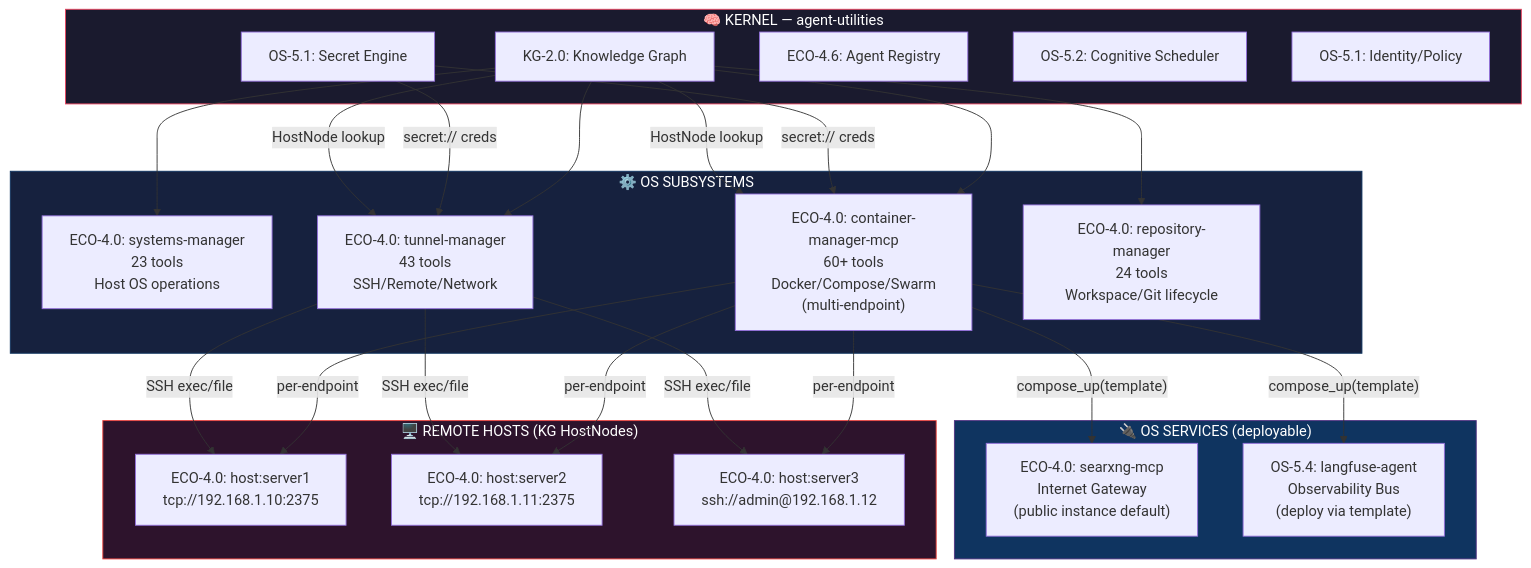
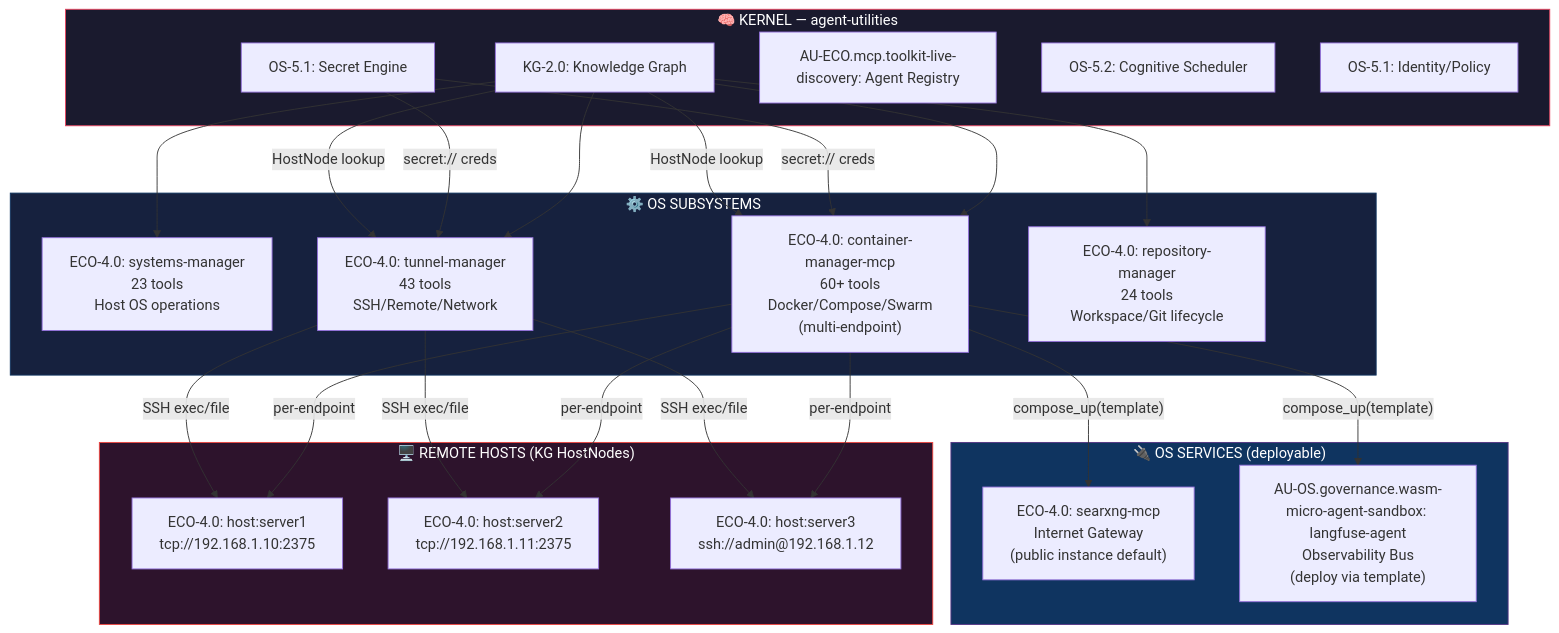
Before and after one commit to Knuckles-Team/agent-utilities: the first of 5 diagrams in docs/guides/agent-os-architecture.md, drawn with Mermaid. The commit also changed other lines of this file and 2324 other files, not shown here.

First line of the commit message:
OKF-CIS atomic cutover on agent-utilities (AU-OS.governance.okf-cis-standard)

````diff
--- a/docs/guides/agent-os-architecture.md
+++ b/docs/guides/agent-os-architecture.md
@@ -11,41 +11,41 @@
 ```mermaid
 graph TB
     subgraph KERNEL["🧠 KERNEL — agent-utilities"]
         KG[KG-2.0: Knowledge Graph]
         SEC[OS-5.1: Secret Engine]
-        REG[ECO-4.6: Agent Registry]
+        REG[AU-ECO.mcp.toolkit-live-discovery: Agent Registry]
         SCHED[OS-5.2: Cognitive Scheduler]
         ID[OS-5.1: Identity/Policy]
     end
 
     subgraph OS_LAYER["⚙️ OS SUBSYSTEMS"]
         SM["ECO-4.0: systems-manager\n23 tools\nHost OS operations"]
         CM["ECO-4.0: container-manager-mcp\n60+ tools\nDocker/Compose/Swarm\n(multi-endpoint)"]
         TM["ECO-4.0: tunnel-manager\n43 tools\nSSH/Remote/Network"]
         RM["ECO-4.0: repository-manager\n24 tools\nWorkspace/Git lifecycle"]
     end
 
     subgraph OS_SERVICES["🔌 OS SERVICES (deployable)"]
         SX["ECO-4.0: searxng-mcp\nInternet Gateway\n(public instance default)"]
-        LF["OS-5.4: langfuse-agent\nObservability Bus\n(deploy via template)"]
+        LF["AU-OS.governance.wasm-micro-agent-sandbox: langfuse-agent\nObservability Bus\n(deploy via template)"]
     end
 
     subgraph HOSTS["🖥️ REMOTE HOSTS (KG HostNodes)"]
         H1["ECO-4.0: host:server1\ntcp://192.168.1.10:2375"]
         H2["ECO-4.0: host:server2\ntcp://192.168.1.11:2375"]
         H3["ECO-4.0: host:server3\nssh://admin@192.168.1.12"]
     end
 
     KG --> SM & CM & TM & RM
     SEC -->|"secret:// creds"| TM & CM
     KG -->|HostNode lookup| CM
     KG -->|HostNode lookup| TM
     CM -->|"per-endpoint"| H1 & H2 & H3
     TM -->|"SSH exec/file"| H1 & H2 & H3
     CM -->|"compose_up(template)"| SX & LF
 
     style KERNEL fill:#1a1a2e,stroke:#e94560,color:#fff
     style OS_LAYER fill:#16213e,stroke:#0f3460,color:#fff
     style OS_SERVICES fill:#0f3460,stroke:#533483,color:#fff
     style HOSTS fill:#2d132c,stroke:#ee4540,color:#fff
 ```
````
